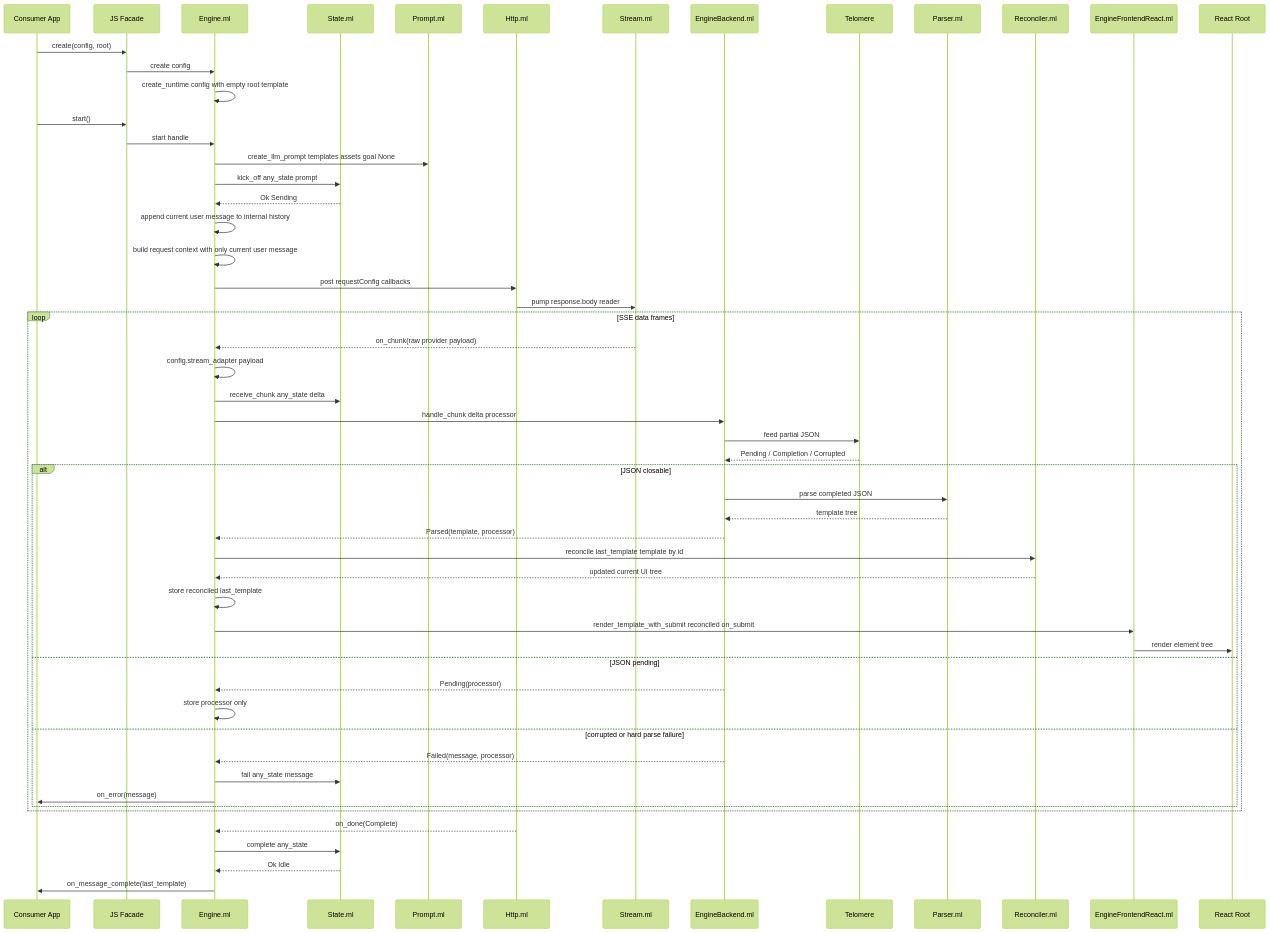
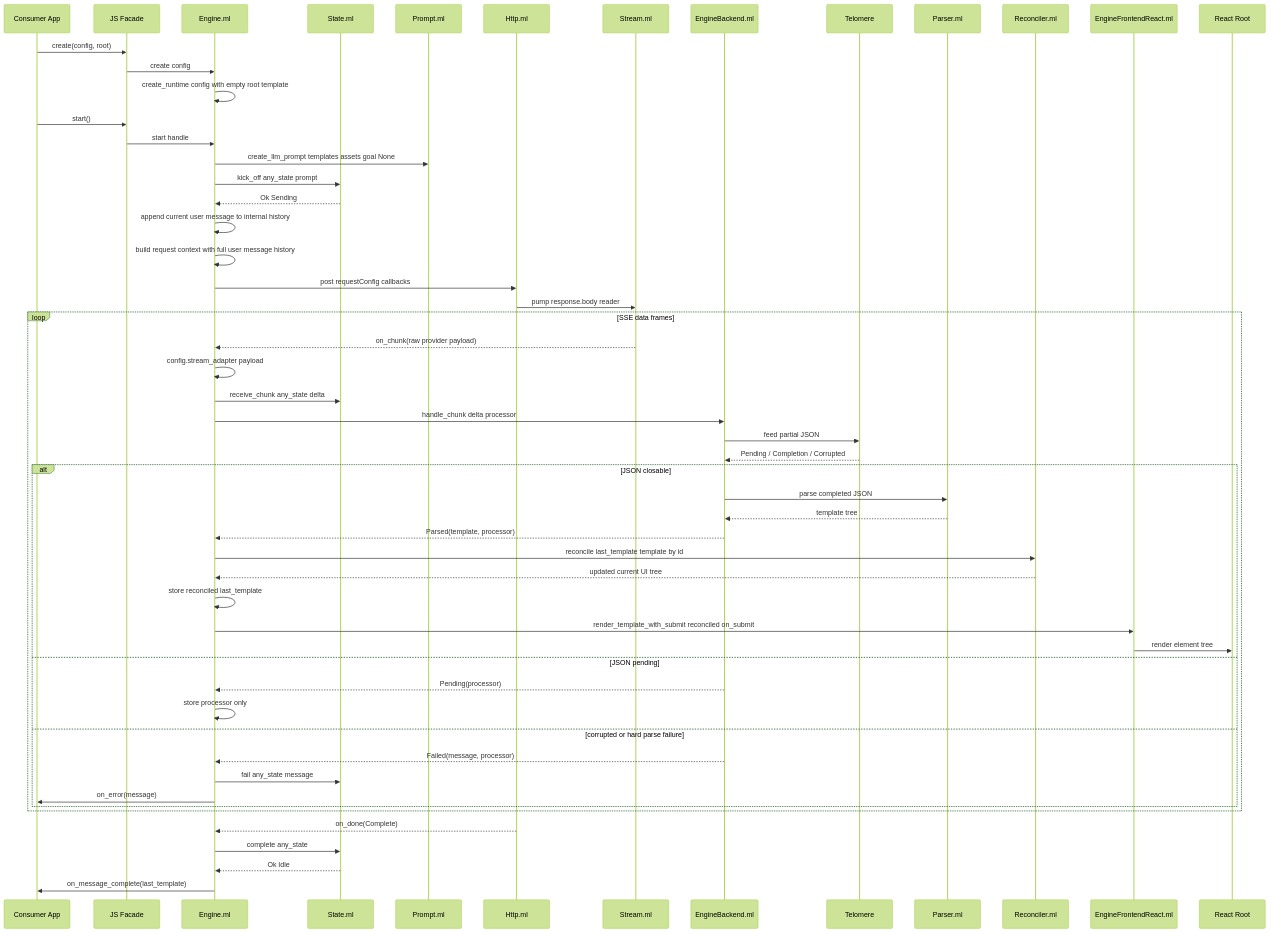
One commit to unhingingdog/ribosome-ui changed the second of 7 diagrams in architecture.md. Above: the diagram before and after it, drawn with Mermaid (forest theme). The commit also changed other lines of this file and 10 other files, not shown here.

Commit message:
flailing around - new infrence endpoint config, prompt overhaul, include full template history in prompt

````diff
--- a/architecture.md
+++ b/architecture.md
@@ -52,60 +52,60 @@
 ```mermaid
 sequenceDiagram
   participant App as Consumer App
   participant Facade as JS Facade
   participant Engine as Engine.ml
   participant State as State.ml
   participant Prompt as Prompt.ml
   participant Http as Http.ml
   participant Stream as Stream.ml
   participant Backend as EngineBackend.ml
   participant Telomere as Telomere
   participant Parser as Parser.ml
   participant Reconciler as Reconciler.ml
   participant Frontend as EngineFrontendReact.ml
   participant React as React Root
 
   App->>Facade: create(config, root)
   Facade->>Engine: create config
   Engine->>Engine: create_runtime config with empty root template
   App->>Facade: start()
   Facade->>Engine: start handle
   Engine->>Prompt: create_llm_prompt templates assets goal None
   Engine->>State: kick_off any_state prompt
   State-->>Engine: Ok Sending
   Engine->>Engine: append current user message to internal history
-  Engine->>Engine: build request context with only current user message
+  Engine->>Engine: build request context with full user message history
   Engine->>Http: post requestConfig callbacks
   Http->>Stream: pump response.body reader
 
   loop SSE data frames
     Stream-->>Engine: on_chunk(raw provider payload)
     Engine->>Engine: config.stream_adapter payload
     Engine->>State: receive_chunk any_state delta
     Engine->>Backend: handle_chunk delta processor
     Backend->>Telomere: feed partial JSON
     Telomere-->>Backend: Pending / Completion / Corrupted
     alt JSON closable
       Backend->>Parser: parse completed JSON
       Parser-->>Backend: template tree
       Backend-->>Engine: Parsed(template, processor)
       Engine->>Reconciler: reconcile last_template template by id
       Reconciler-->>Engine: updated current UI tree
       Engine->>Engine: store reconciled last_template
       Engine->>Frontend: render_template_with_submit reconciled on_submit
       Frontend->>React: render element tree
     else JSON pending
       Backend-->>Engine: Pending(processor)
       Engine->>Engine: store processor only
     else corrupted or hard parse failure
       Backend-->>Engine: Failed(message, processor)
       Engine->>State: fail any_state message
       Engine->>App: on_error(message)
     end
   end
 
   Http-->>Engine: on_done(Complete)
   Engine->>State: complete any_state
   State-->>Engine: Ok Idle
   Engine->>App: on_message_complete(last_template)
 ```
````
